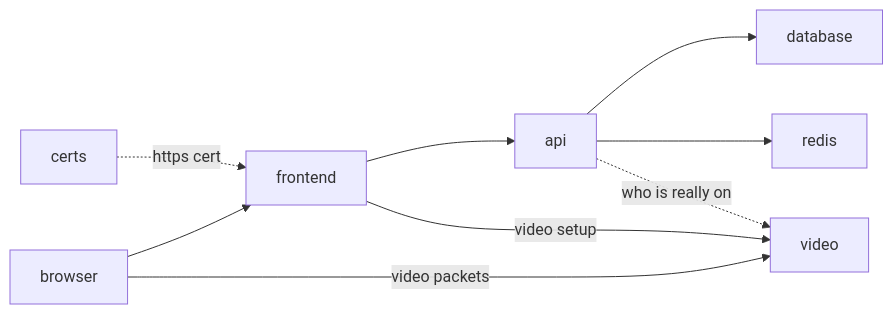
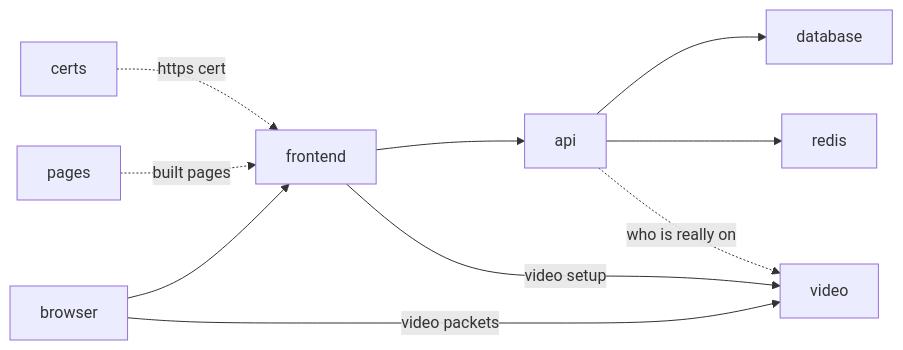
The second of 2 diagrams in new-plan-human.md (ZeroNerodaHero/slop-stream-architecture), drawn with Mermaid before and after one commit. The commit also changed other lines of this file and 6 other files, not shown here.

````diff
--- a/new-plan-human.md
+++ b/new-plan-human.md
@@ -29,11 +41,12 @@
 ```mermaid
 flowchart LR
   certs -.->|https cert| frontend
+  pages -.->|built pages| frontend
   browser[browser] --> frontend
   frontend --> api
   frontend -->|video setup| video
   api --> database
   api --> redis
   api -.->|who is really on| video
   browser -->|video packets| video
 ```
````
